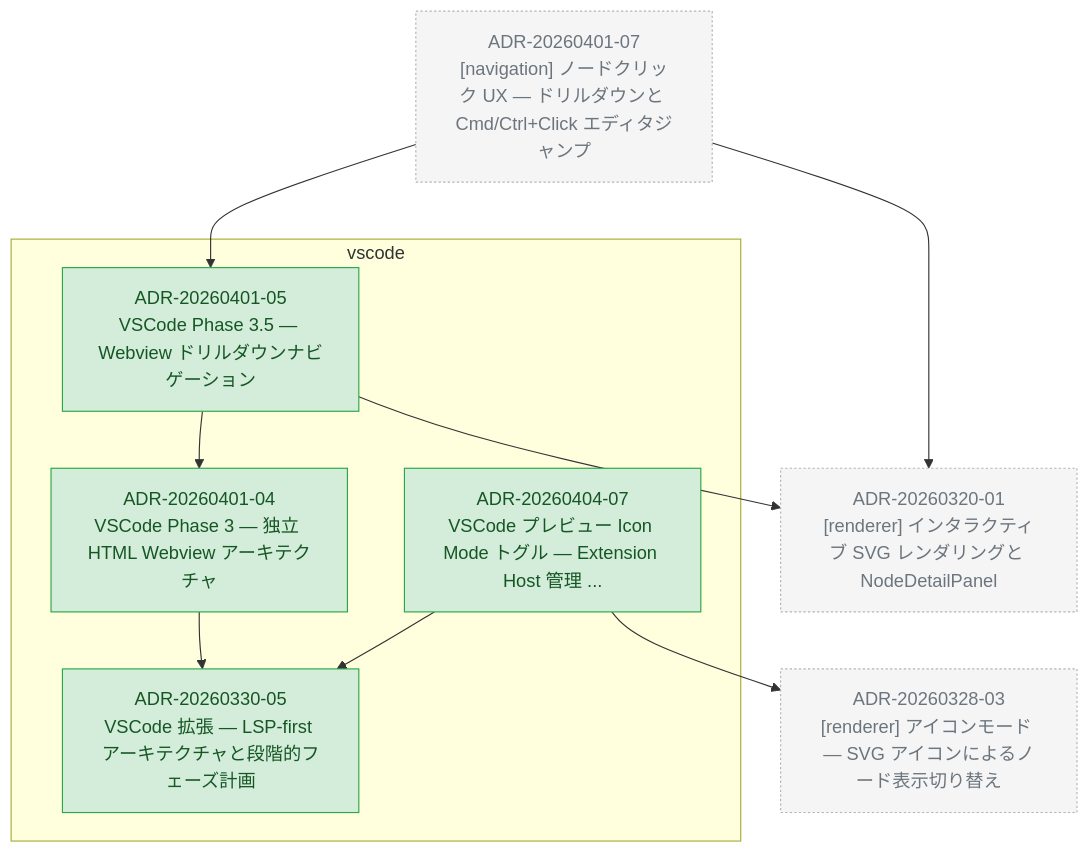
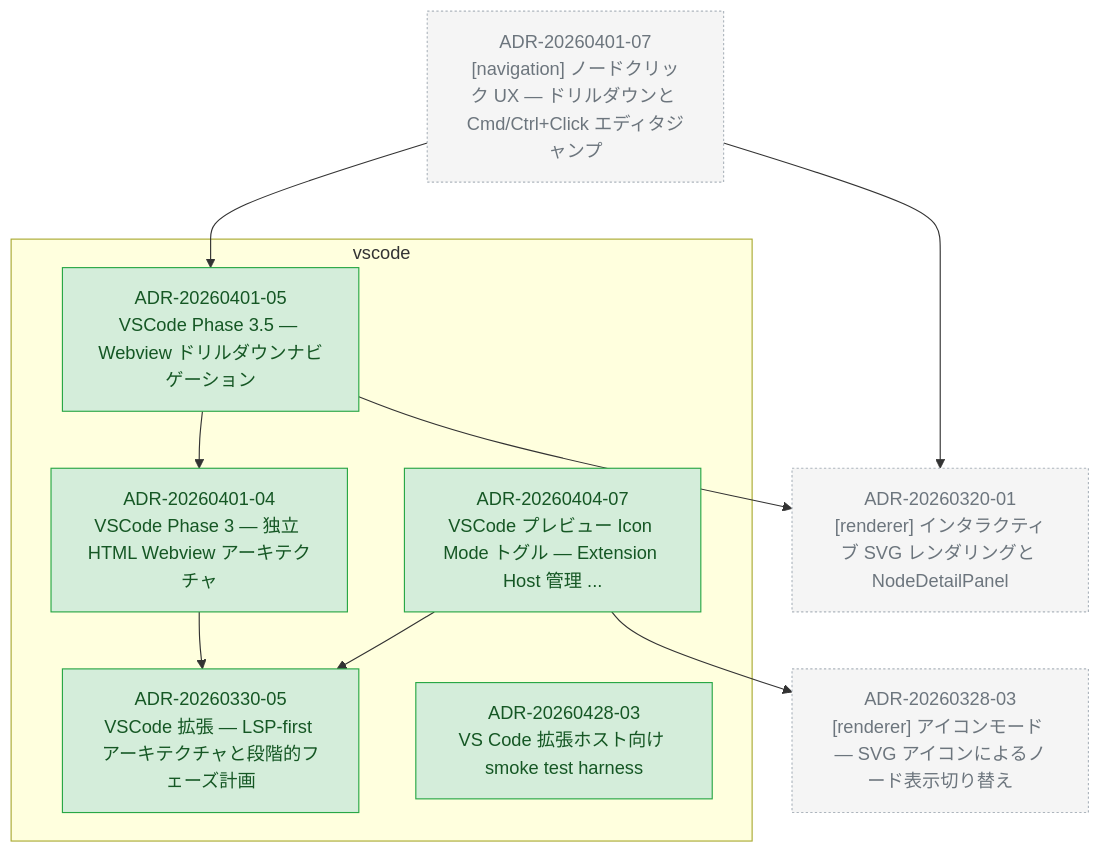
The diagram in docs/adr/graph/vscode.md (kompiro/karasu), drawn with Mermaid before and after one commit. The commit also changed other lines of this file and 4 other files, not shown here.

First line of the commit message:
docs(adr): promote vscode-extension-host-harness to ADR-20260428-03

````diff
--- a/docs/adr/graph/vscode.md
+++ b/docs/adr/graph/vscode.md
@@ -6,33 +6,35 @@
 ```mermaid
 flowchart TD
   subgraph vscode["vscode"]
     ADR_20260330_05["ADR-20260330-05<br/>VSCode 拡張 — LSP-first アーキテクチャと段階的フェーズ計画"]
     ADR_20260401_04["ADR-20260401-04<br/>VSCode Phase 3 — 独立 HTML Webview アーキテクチャ"]
     ADR_20260401_05["ADR-20260401-05<br/>VSCode Phase 3.5 — Webview ドリルダウンナビゲーション"]
     ADR_20260404_07["ADR-20260404-07<br/>VSCode プレビュー Icon Mode トグル — Extension Host 管理 ..."]
+    ADR_20260428_03["ADR-20260428-03<br/>VS Code 拡張ホスト向け smoke test harness"]
   end
   ADR_20260320_01["ADR-20260320-01<br/>[renderer] インタラクティブ SVG レンダリングと NodeDetailPanel"]
   ADR_20260328_03["ADR-20260328-03<br/>[renderer] アイコンモード — SVG アイコンによるノード表示切り替え"]
   ADR_20260401_07["ADR-20260401-07<br/>[navigation] ノードクリック UX — ドリルダウンと Cmd/Ctrl+Click エディタジャンプ"]
   ADR_20260401_04 --> ADR_20260330_05
   ADR_20260401_05 --> ADR_20260401_04
   ADR_20260401_05 --> ADR_20260320_01
   ADR_20260404_07 --> ADR_20260328_03
   ADR_20260404_07 --> ADR_20260330_05
   ADR_20260401_07 --> ADR_20260320_01
   ADR_20260401_07 --> ADR_20260401_05
 
   classDef accepted fill:#d4edda,stroke:#28a745,color:#155724
   classDef proposed fill:#fff3cd,stroke:#ffc107,color:#856404
   classDef deprecated fill:#f8d7da,stroke:#dc3545,color:#721c24
   classDef superseded fill:#e2e3e5,stroke:#6c757d,color:#383d41
   classDef not_adopted fill:#e2e3e5,stroke:#6c757d,color:#383d41,stroke-dasharray:3 3
   classDef ghost fill:#f5f5f5,stroke:#adb5bd,color:#6c757d,stroke-dasharray:2 2
   class ADR_20260330_05 accepted
   class ADR_20260401_04 accepted
   class ADR_20260401_05 accepted
   class ADR_20260404_07 accepted
+  class ADR_20260428_03 accepted
   class ADR_20260320_01 ghost
   class ADR_20260328_03 ghost
   class ADR_20260401_07 ghost
 ```
````
